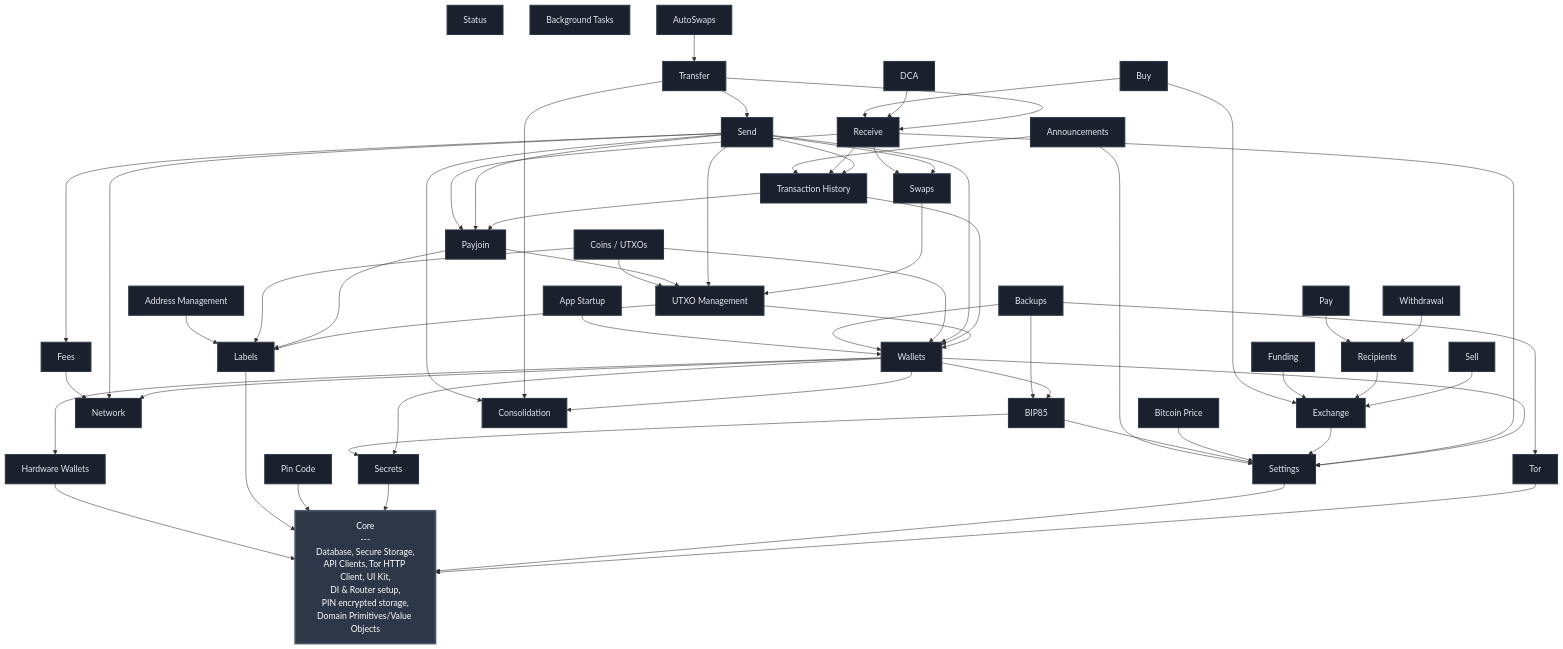
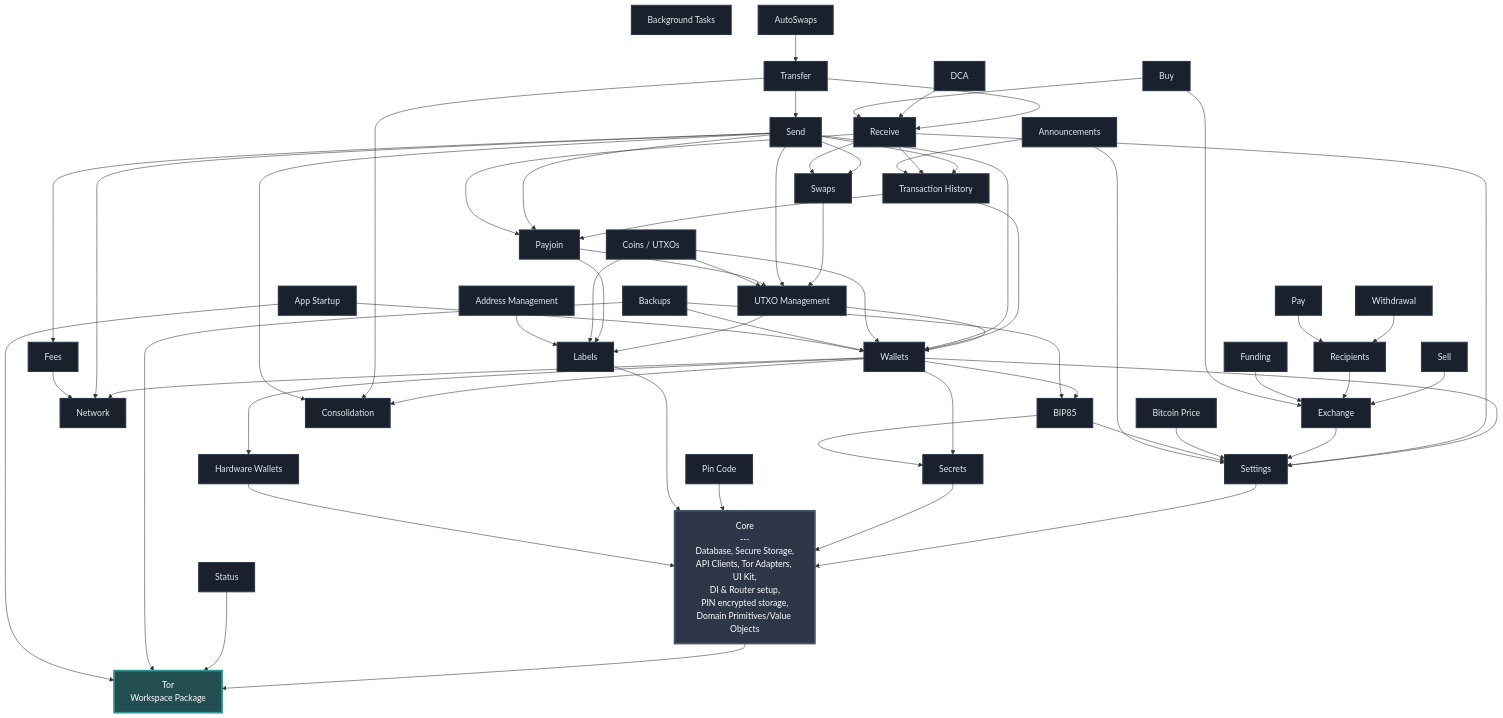
One commit to SatoshiPortal/bullbitcoin-mobile changed the diagram in FEATURES.md. Above: the diagram before and after it, drawn with Mermaid. The commit also changed other lines of this file and 177 other files, not shown here.

````diff
--- a/FEATURES.md
+++ b/FEATURES.md
@@ -9,11 +9,11 @@
 ```mermaid
 graph TB
     %% Core infrastructure
-    CORE[Core<br/>---<br/>Database, Secure Storage,<br/>API Clients, Tor HTTP Client, UI Kit,<br/>DI & Router setup,<br/>PIN encrypted storage,<br/>Domain Primitives/Value Objects]
+    CORE[Core<br/>---<br/>Database, Secure Storage,<br/>API Clients, Tor Adapters, UI Kit,<br/>DI & Router setup,<br/>PIN encrypted storage,<br/>Domain Primitives/Value Objects]
 
     %% Feature modules
     SETTINGS[Settings]
-    TOR[Tor]
+    TOR[Tor<br/>Workspace Package]
     PIN_CODE[Pin Code]
     LABELS[Labels]
     SECRETS[Secrets]
@@ -56,6 +56,7 @@
     ANNOUNCEMENTS --> SETTINGS
     ANNOUNCEMENTS --> TX_HISTORY
     APP_STARTUP --> WALLETS
+    APP_STARTUP --> TOR
     AUTOSWAPS --> TRANSFER
     BIP85 --> SECRETS
     BIP85 --> SETTINGS
@@ -94,8 +95,9 @@
     SEND --> UTXO_MGMT
     SEND --> WALLETS
     SETTINGS --> CORE
+    STATUS --> TOR
     SWAPS --> UTXO_MGMT
-    TOR --> CORE
+    CORE --> TOR
     TRANSFER --> CONSOLIDATION
     TRANSFER --> SEND
     TRANSFER --> RECEIVE
@@ -114,7 +116,9 @@
     %% Styling
     classDef coreStyle fill:#2d3748,stroke:#4a5568,stroke-width:3px,color:#fff
     classDef featureStyle fill:#1a202c,stroke:#2d3748,stroke-width:2px,color:#e2e8f0
+    classDef packageStyle fill:#234e52,stroke:#319795,stroke-width:3px,color:#fff
 
     class CORE coreStyle
-    class SETTINGS,TOR,PIN_CODE,LABELS,SECRETS,HW_WALLETS,BTC_PRICE,NETWORK,BIP85,FEES,WALLETS,EXCHANGE,APP_STARTUP,UTXO_MGMT,ADDRESS_MGMT,RECIPIENTS,FUNDING,BACKUPS,SWAPS,PAYJOIN,WITHDRAWAL,STATUS,SEND,RECEIVE,TRANSFER,TX_HISTORY,BG_TASKS,AUTOSWAPS,DCA,SELL,PAY,BUY,COINS,ANNOUNCEMENTS,CONSOLIDATION featureStyle
+    class SETTINGS,PIN_CODE,LABELS,SECRETS,HW_WALLETS,BTC_PRICE,NETWORK,BIP85,FEES,WALLETS,EXCHANGE,APP_STARTUP,UTXO_MGMT,ADDRESS_MGMT,RECIPIENTS,FUNDING,BACKUPS,SWAPS,PAYJOIN,WITHDRAWAL,STATUS,SEND,RECEIVE,TRANSFER,TX_HISTORY,BG_TASKS,AUTOSWAPS,DCA,SELL,PAY,BUY,COINS,ANNOUNCEMENTS,CONSOLIDATION featureStyle
+    class TOR packageStyle
 ```
````
